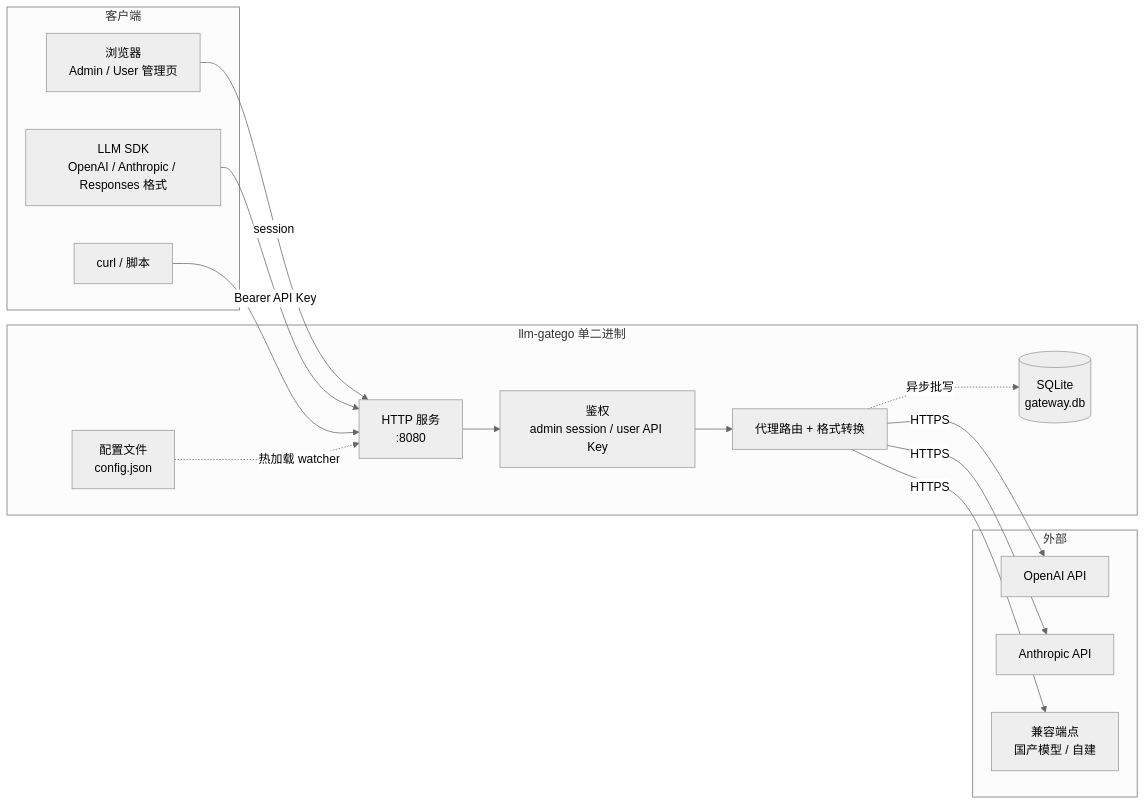
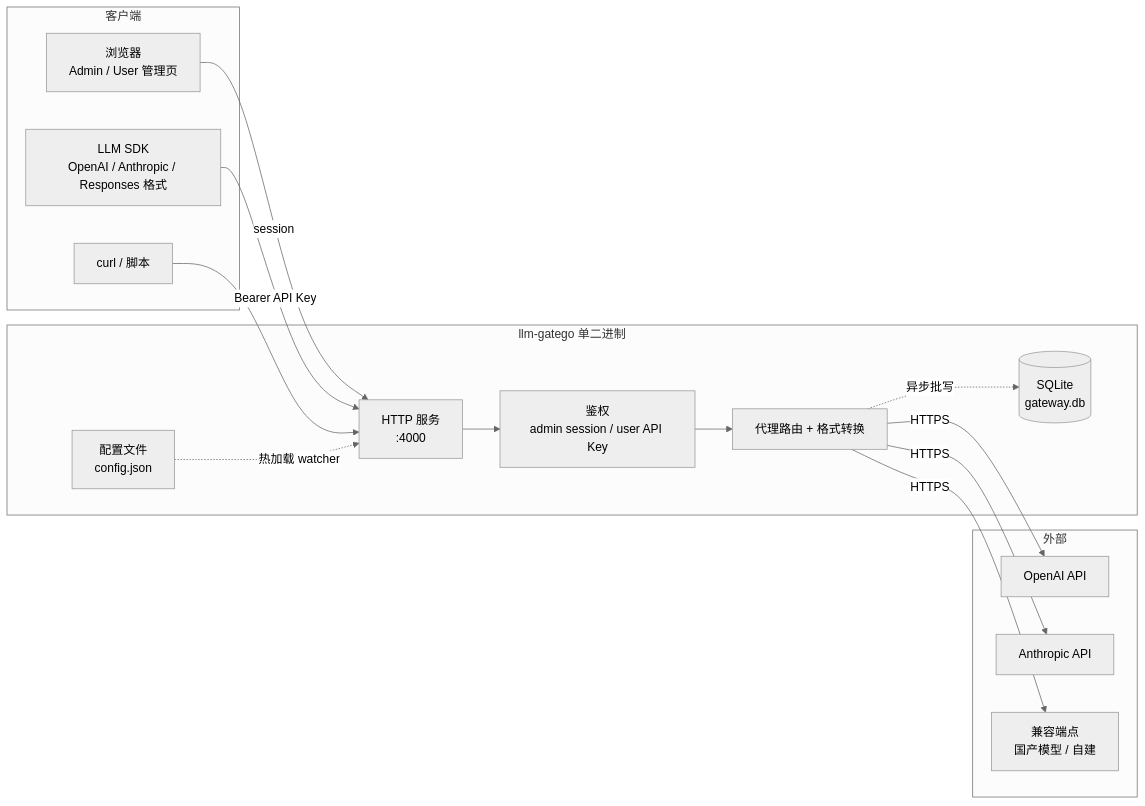
One commit to kkito/llm-gatego changed the first of 4 diagrams in docs/architecture.md. Above: the diagram before and after it, drawn with Mermaid (neutral theme). The commit also changed other lines of this file and 4 other files, not shown here.

Commit message:
docs: align spec/plan/diagrams with original llm-gateway v1.15.0

````diff
--- a/docs/architecture.md
+++ b/docs/architecture.md
@@ -5,34 +5,34 @@
 ```mermaid
 flowchart LR
     subgraph Clients["客户端"]
         Browser["浏览器<br/>Admin / User 管理页"]
         SDK["LLM SDK<br/>OpenAI / Anthropic / Responses 格式"]
         CLI["curl / 脚本"]
     end
 
     subgraph System["llm-gatego 单二进制"]
-        GW["HTTP 服务<br/>:8080"]
+        GW["HTTP 服务<br/>:4000"]
         Auth["鉴权<br/>admin session / user API Key"]
         Proxy["代理路由 + 格式转换"]
         Store[("SQLite<br/>gateway.db")]
         Config["配置文件<br/>config.json"]
     end
 
     subgraph External["外部"]
         OpenAI["OpenAI API"]
         Anthropic["Anthropic API"]
         Custom["兼容端点<br/>国产模型 / 自建"]
     end
 
     Browser -->|"session"| GW
     SDK -->|"Bearer API Key"| GW
     CLI --> GW
 
     GW --> Auth
     Auth --> Proxy
     Proxy -->|"HTTPS"| OpenAI
     Proxy -->|"HTTPS"| Anthropic
     Proxy -->|"HTTPS"| Custom
     Proxy -.->|"异步批写"| Store
     Config -.->|"热加载 watcher"| GW
 ```
````
